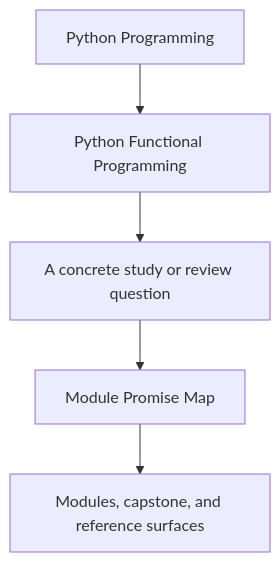
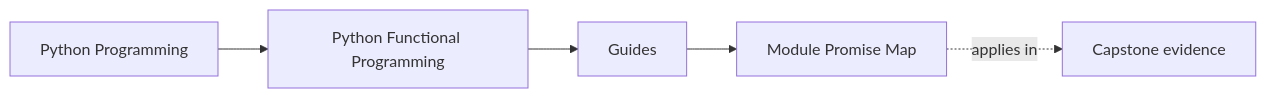
Before and after one commit to bijux/bijux-masterclass: the first of 2 diagrams in programs/python-programming/python-functional-programming/course-book/guides/module-promise-map.md, drawn with Mermaid. The commit also changed other lines of this file and 73 other files, not shown here.

Commit message:
docs(python-functional-programming): map orientation through streaming foundations

````diff
--- a/programs/python-programming/python-functional-programming/course-book/guides/module-promise-map.md
+++ b/programs/python-programming/python-functional-programming/course-book/guides/module-promise-map.md
@@ -6,7 +6,11 @@
 ```mermaid
-flowchart TD
-  family["Python Programming"] --> program["Python Functional Programming"]
-  program --> pressure["A concrete study or review question"]
-  pressure --> guide["Module Promise Map"]
-  guide --> next["Modules, capstone, and reference surfaces"]
+graph LR
+  family["Python Programming"]
+  program["Python Functional Programming"]
+  section["Guides"]
+  page["Module Promise Map"]
+  capstone["Capstone evidence"]
+
+  family --> program --> section --> page
+  page -.applies in.-> capstone
 ```
````
